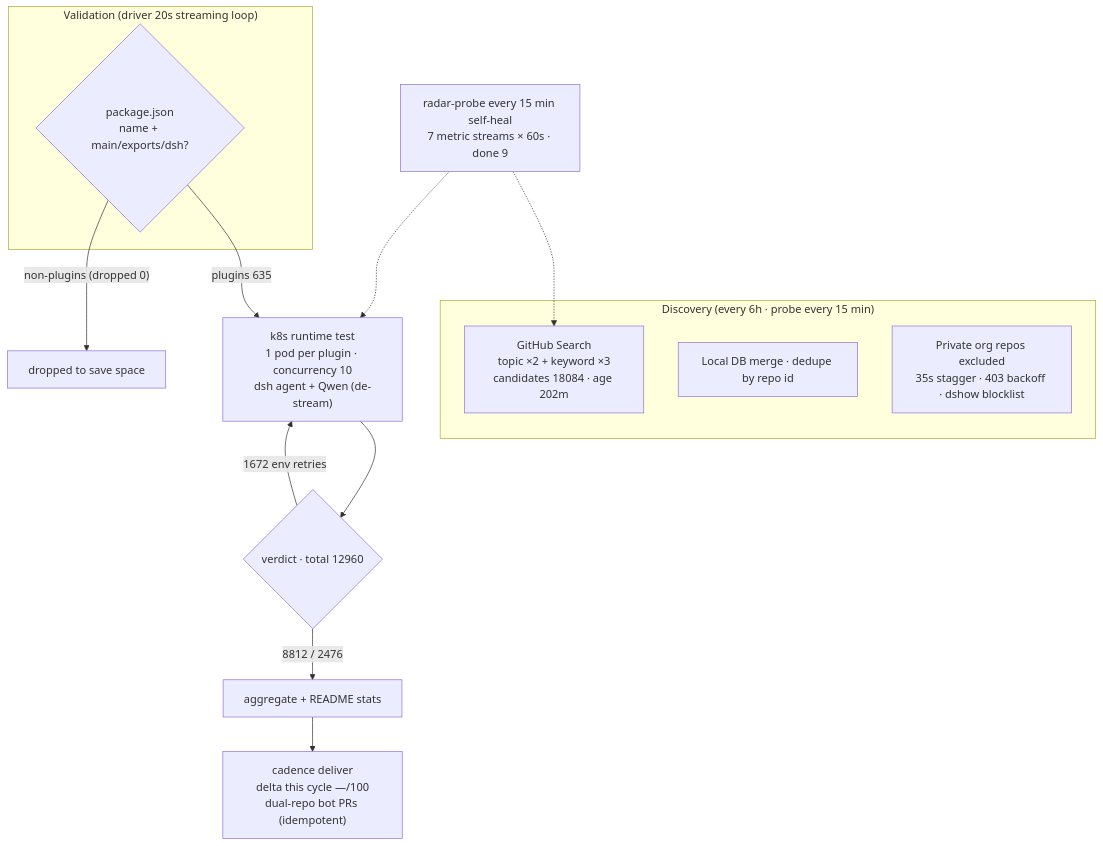
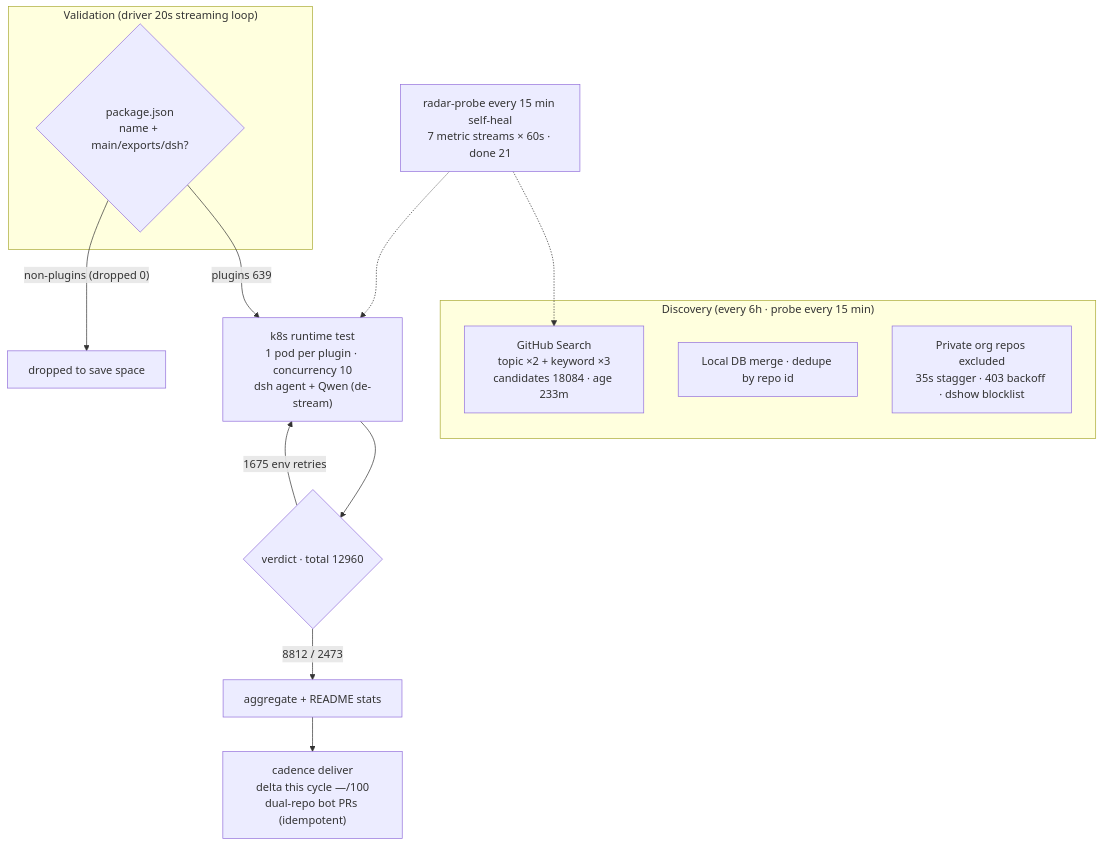
The diagram in README.en-US.md (AdamPlatin123/awesome-dsh-plugins), drawn with Mermaid before and after one commit. The commit also changed other lines of this file and 5 other files, not shown here.

````diff
--- a/README.en-US.md
+++ b/README.en-US.md
@@ -45,20 +45,20 @@
 ```mermaid
 flowchart TB
     subgraph Discovery["Discovery (every 6h · probe every 15 min)"]
-        A1["GitHub Search<br/>topic ×2 + keyword ×3<br/>candidates 18084 · age 202m"]
+        A1["GitHub Search<br/>topic ×2 + keyword ×3<br/>candidates 18084 · age 233m"]
         A2["Local DB merge · dedupe by repo id"]
         A3["Private org repos excluded<br/>35s stagger · 403 backoff · dshow blocklist"]
     end
     subgraph Validation["Validation (driver 20s streaming loop)"]
         B1{"package.json<br/>name + main/exports/dsh?"}
     end
-    B1 -->|"plugins 635"| C1["k8s runtime test<br/>1 pod per plugin · concurrency 10<br/>dsh agent + Qwen (de-stream)"]
+    B1 -->|"plugins 639"| C1["k8s runtime test<br/>1 pod per plugin · concurrency 10<br/>dsh agent + Qwen (de-stream)"]
     B1 -->|"non-plugins (dropped 0)"| B3["dropped to save space"]
     C1 --> D1{"verdict · total 12960"}
-    D1 -->|"8812 / 2476"| E1["aggregate + README stats"]
-    D1 -->|"1672 env retries"| C1
+    D1 -->|"8812 / 2473"| E1["aggregate + README stats"]
+    D1 -->|"1675 env retries"| C1
     E1 --> E2["cadence deliver<br/>delta this cycle —/100<br/>dual-repo bot PRs (idempotent)"]
-    M["radar-probe every 15 min self-heal<br/>7 metric streams × 60s · done 9"]
+    M["radar-probe every 15 min self-heal<br/>7 metric streams × 60s · done 21"]
     M -.-> A1
     M -.-> C1
 ```
````
